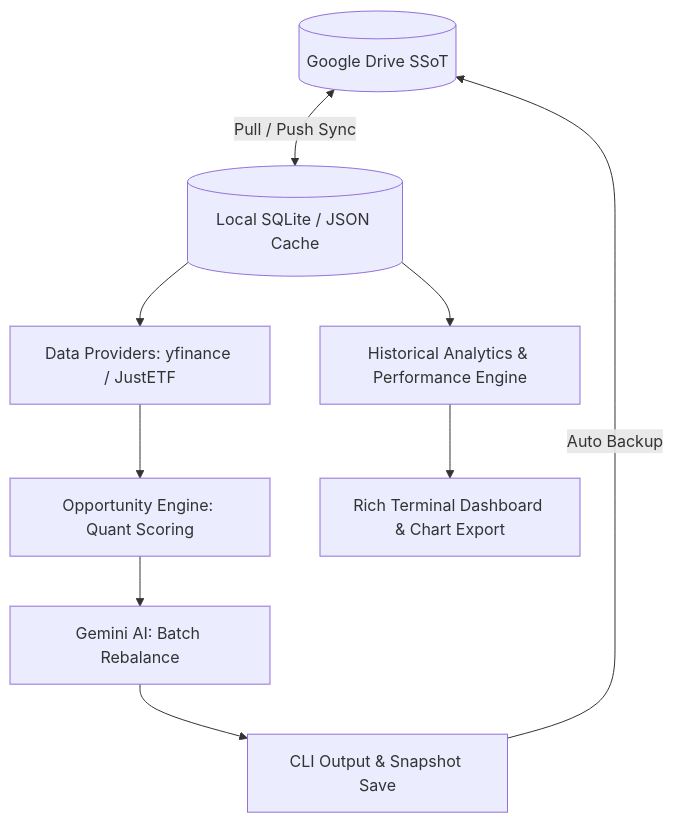
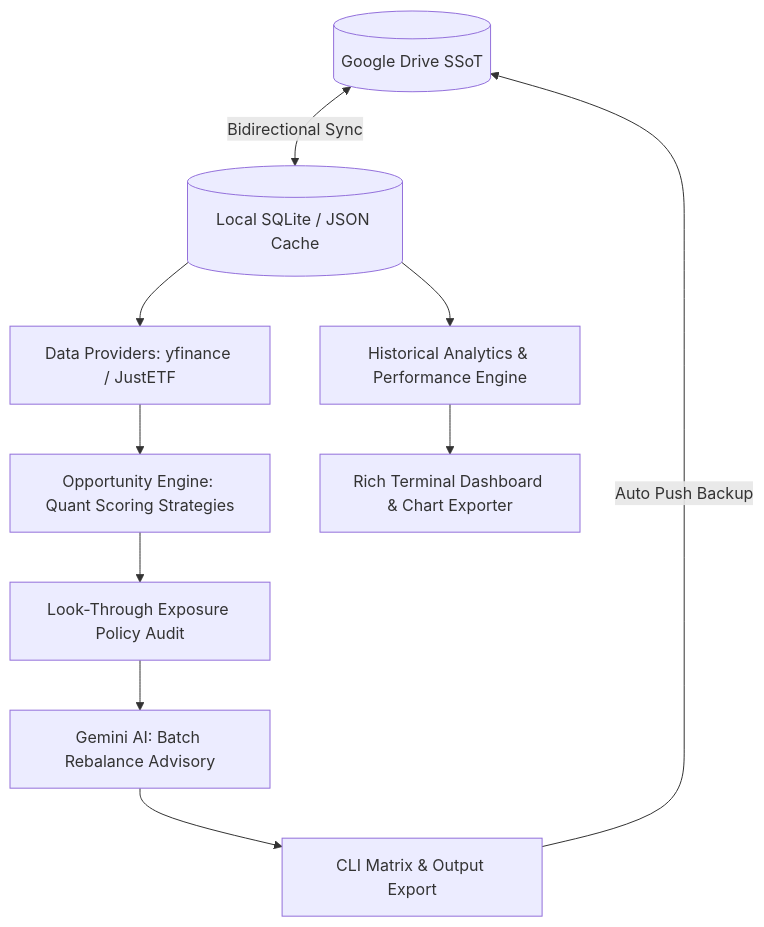
One commit to JoPedro15/finances changed the diagram in README.md. Above: the diagram before and after it, drawn with Mermaid. The commit also changed other lines of this file and 2 other files, not shown here.

````diff
--- a/README.md
+++ b/README.md
@@ -27,11 +27,12 @@
 ```mermaid
 graph TD
-    GDrive[(Google Drive SSoT)] <-->|Pull / Push Sync| LocalDB[(Local SQLite / JSON Cache)]
+    GDrive[(Google Drive SSoT)] <-->|Bidirectional Sync| LocalDB[(Local SQLite / JSON Cache)]
     LocalDB --> Providers[Data Providers: yfinance / JustETF]
     LocalDB --> Analytics[Historical Analytics & Performance Engine]
-    Providers --> Engine[Opportunity Engine: Quant Scoring]
-    Engine --> Gemini[Gemini AI: Batch Rebalance]
-    Analytics --> Dashboard[Rich Terminal Dashboard & Chart Export]
-    Gemini --> Report[CLI Output & Snapshot Save]
-    Report -->|Auto Backup| GDrive
+    Providers --> Engine[Opportunity Engine: Quant Scoring Strategies]
+    Engine --> Exposure[Look-Through Exposure Policy Audit]
+    Exposure --> Gemini[Gemini AI: Batch Rebalance Advisory]
+    Analytics --> Dashboard[Rich Terminal Dashboard & Chart Exporter]
+    Gemini --> Report[CLI Matrix & Output Export]
+    Report -->|Auto Push Backup| GDrive
 ```
````
